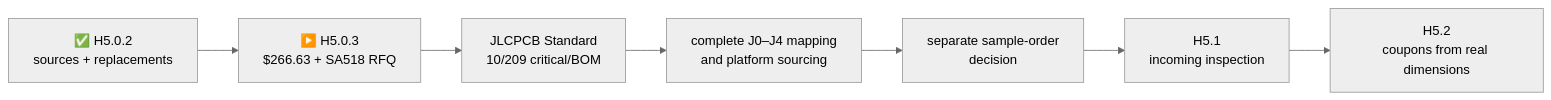
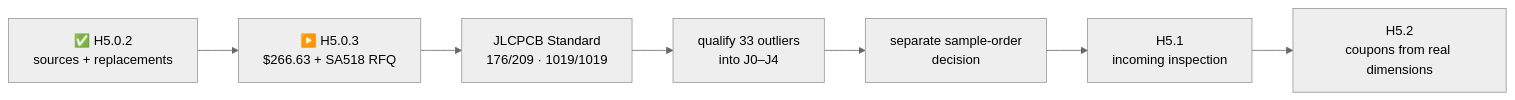
One commit to anton-vinogradov/esp32-leshy2 changed the diagram in docs/component-sample-basket.md. Above: the diagram before and after it, drawn with Mermaid (neutral theme). The commit also changed other lines of this file and 21 other files, not shown here.

Commit message:
Capture JLCPCB full BOM match

````diff
--- a/docs/component-sample-basket.md
+++ b/docs/component-sample-basket.md
@@ -7,9 +7,9 @@
 ```mermaid
 flowchart LR
   R["✅ H5.0.2<br/>sources + replacements"] --> B["▶️ H5.0.3<br/>$266.63 + SA518 RFQ"]
-  B --> P["JLCPCB Standard<br/>10/209 critical/BOM"]
-  P --> Q["complete J0–J4 mapping<br/>and platform sourcing"]
+  B --> P["JLCPCB Standard<br/>176/209 · 1019/1019"]
+  P --> Q["qualify 33 outliers<br/>into J0–J4"]
   Q --> A["separate sample-order<br/>decision"]
   A --> H51["H5.1<br/>incoming inspection"]
   H51 --> H52["H5.2<br/>coupons from real dimensions"]
 ```
````
